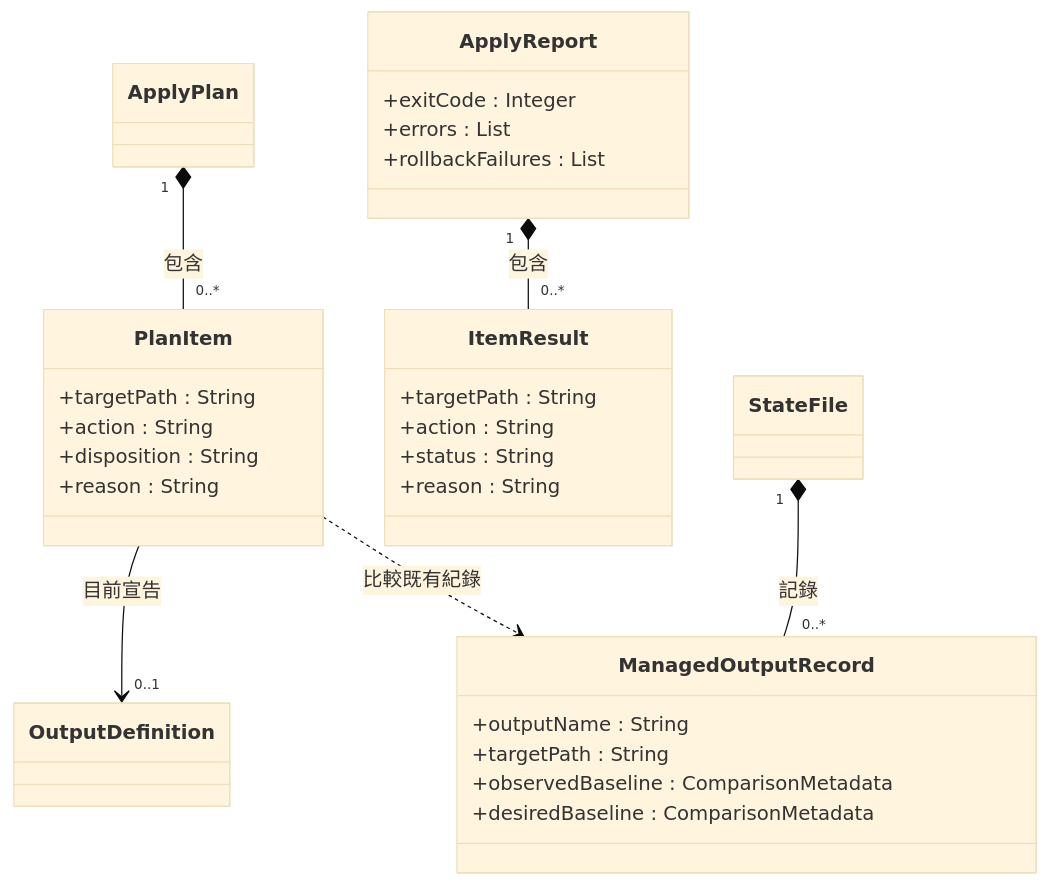
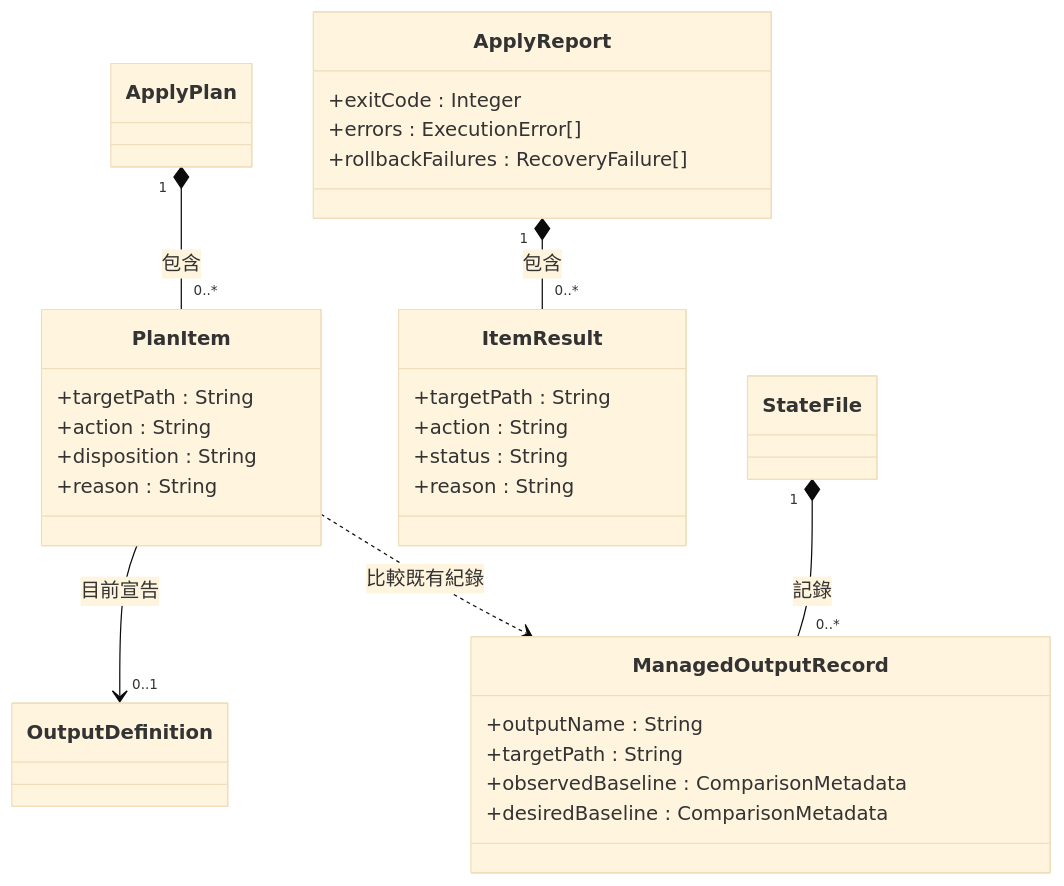
One commit to accidental-two-timer-sam-woof/rosamta-waterfall changed the third of 10 diagrams in docs/03-preliminary-design/uml.md. Above: the diagram before and after it, drawn with Mermaid (base theme). The commit also changed other lines of this file, not shown here.

````diff
--- a/docs/03-preliminary-design/uml.md
+++ b/docs/03-preliminary-design/uml.md
@@ -123,35 +151,35 @@
 ```mermaid
 classDiagram
     direction TB
     class ApplyPlan
     class PlanItem {
         +targetPath : String
         +action : String
         +disposition : String
         +reason : String
     }
     class ApplyReport {
         +exitCode : Integer
-        +errors : List
-        +rollbackFailures : List
+        +errors : ExecutionError[]
+        +rollbackFailures : RecoveryFailure[]
     }
     class ItemResult {
         +targetPath : String
         +action : String
         +status : String
         +reason : String
     }
     class StateFile
     class ManagedOutputRecord {
         +outputName : String
         +targetPath : String
         +observedBaseline : ComparisonMetadata
         +desiredBaseline : ComparisonMetadata
     }
     class OutputDefinition
     ApplyPlan "1" *-- "0..*" PlanItem : 包含
     ApplyReport "1" *-- "0..*" ItemResult : 包含
     StateFile "1" *-- "0..*" ManagedOutputRecord : 記錄
     PlanItem --> "0..1" OutputDefinition : 目前宣告
     PlanItem ..> ManagedOutputRecord : 比較既有紀錄
 ```
````
